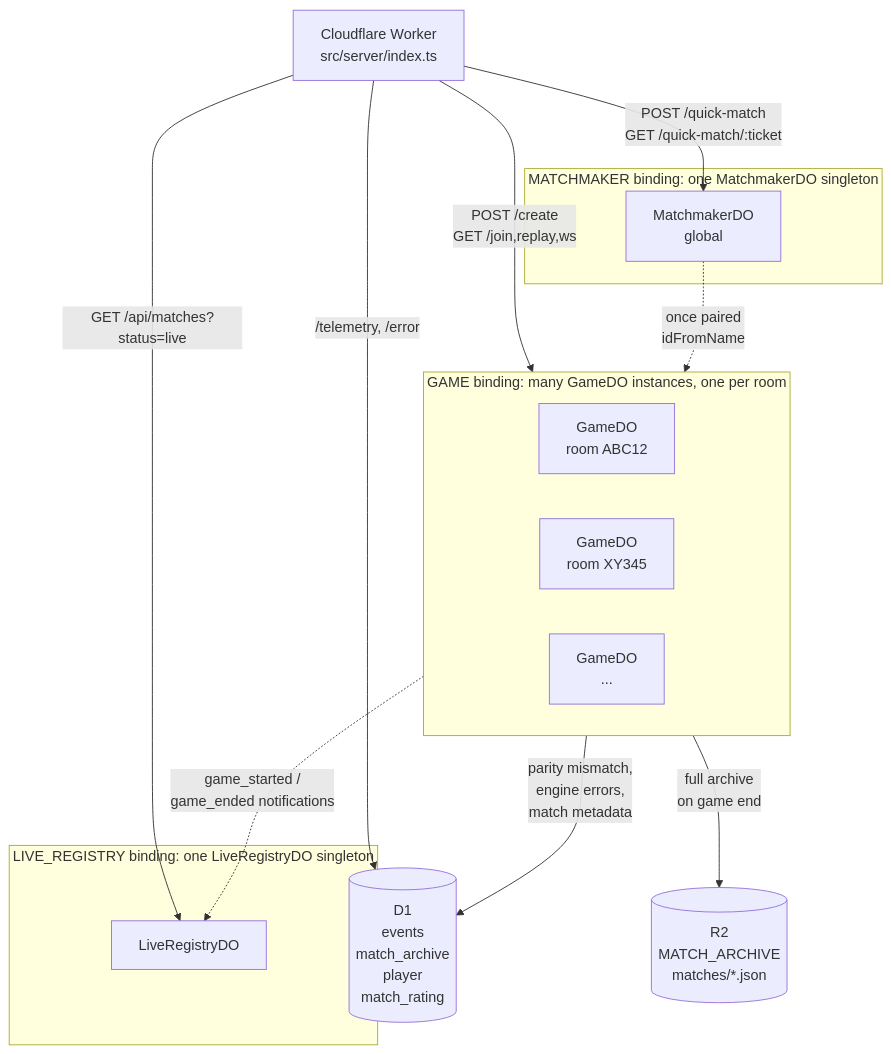
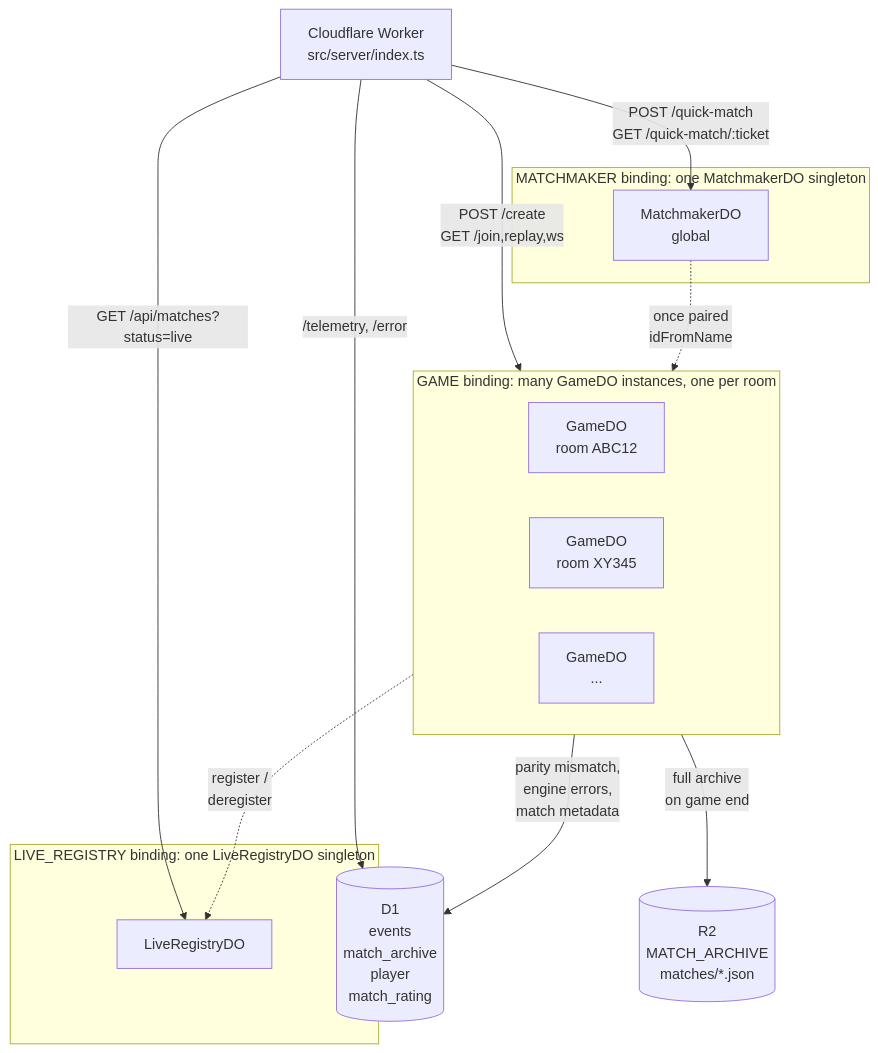
The first of 6 diagrams in docs/ARCHITECTURE.md (tre-systems/delta-v), drawn with Mermaid before and after one commit. The commit also changed other lines of this file and 9 other files, not shown here.

First line of the commit message:
Docs: fact-check pass on architecture, protocol, ops, agent, and standards docs

````diff
--- a/docs/ARCHITECTURE.md
+++ b/docs/ARCHITECTURE.md
@@ -50,33 +50,33 @@
 ```mermaid
 flowchart TB
   W[Cloudflare Worker<br/>src/server/index.ts]
 
   subgraph GAME[GAME binding: many GameDO instances, one per room]
     direction LR
     G1[GameDO<br/>room ABC12]
     G2[GameDO<br/>room XY345]
     GN[GameDO<br/>...]
   end
 
   subgraph MATCHMAKER[MATCHMAKER binding: one MatchmakerDO singleton]
     M[MatchmakerDO<br/>global]
   end
 
   subgraph LIVE_REGISTRY[LIVE_REGISTRY binding: one LiveRegistryDO singleton]
     L[LiveRegistryDO]
   end
 
   W -->|POST /quick-match<br/>GET /quick-match/:ticket| M
   W -->|POST /create<br/>GET /join,replay,ws| GAME
   W -->|GET /api/matches?status=live| L
 
   M -.->|once paired<br/>idFromName| GAME
-  GAME -.->|game_started /<br/>game_ended notifications| L
+  GAME -.->|register /<br/>deregister| L
 
   D[(D1<br/>events<br/>match_archive<br/>player<br/>match_rating)]
   R[(R2<br/>MATCH_ARCHIVE<br/>matches/*.json)]
 
   GAME -->|parity mismatch,<br/>engine errors,<br/>match metadata| D
   GAME -->|full archive<br/>on game end| R
   W -->|/telemetry, /error| D
 ```
````
